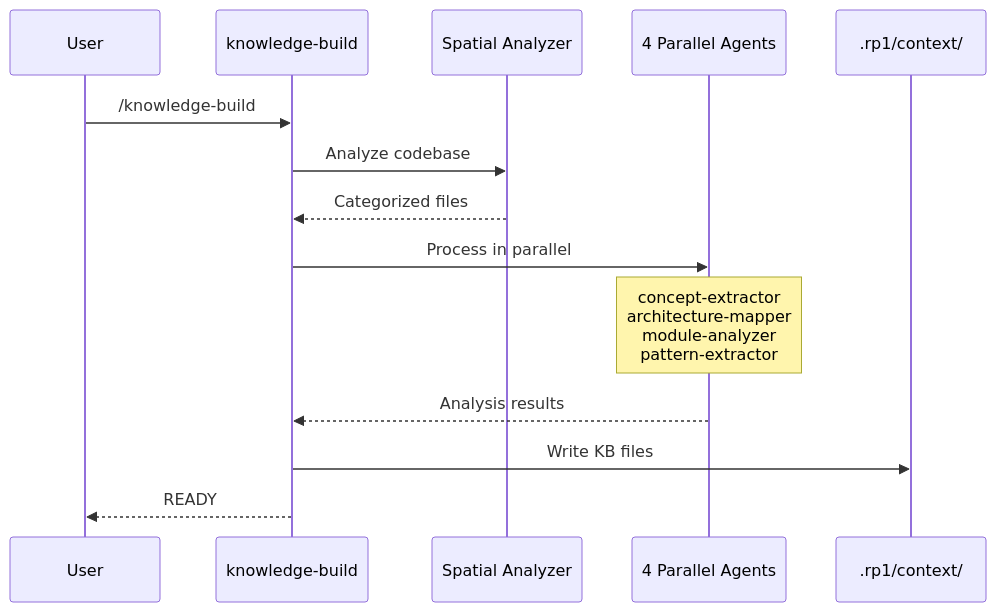
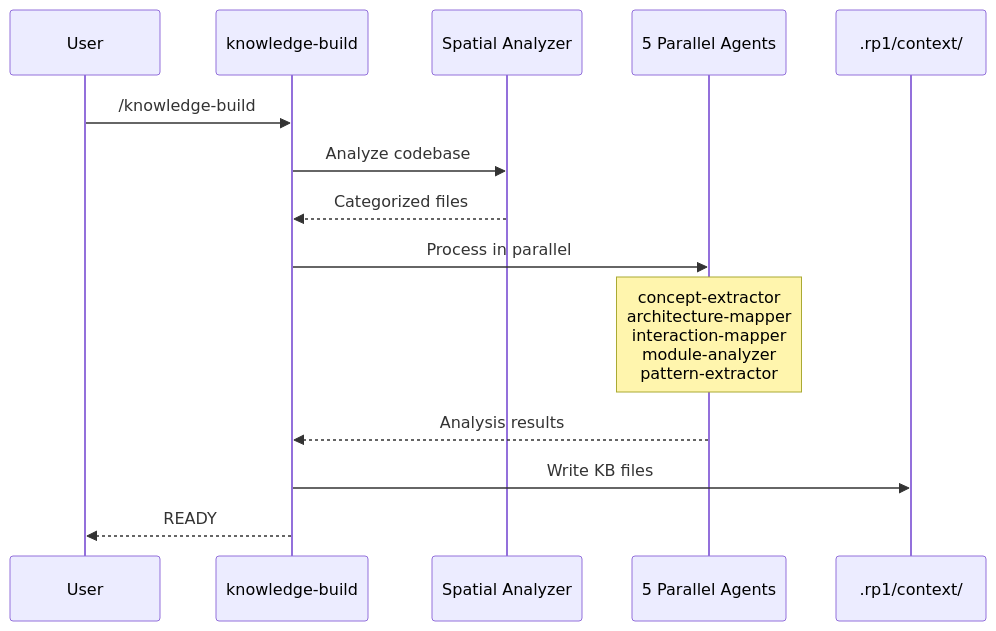
Before and after one commit to rp1-run/rp1: the first of 2 diagrams in docs/concepts/knowledge-aware-agents.md, drawn with Mermaid. The commit also changed other lines of this file and 22 other files, not shown here.

````diff
--- a/docs/concepts/knowledge-aware-agents.md
+++ b/docs/concepts/knowledge-aware-agents.md
@@ -36,17 +36,17 @@
 ```mermaid
 sequenceDiagram
     participant User
     participant KB as knowledge-build
     participant SA as Spatial Analyzer
-    participant Agents as 4 Parallel Agents
+    participant Agents as 5 Parallel Agents
     participant Files as .rp1/context/
 
     User->>KB: /knowledge-build
     KB->>SA: Analyze codebase
     SA-->>KB: Categorized files
     KB->>Agents: Process in parallel
-    Note over Agents: concept-extractor<br/>architecture-mapper<br/>module-analyzer<br/>pattern-extractor
+    Note over Agents: concept-extractor<br/>architecture-mapper<br/>interaction-mapper<br/>module-analyzer<br/>pattern-extractor
     Agents-->>KB: Analysis results
     KB->>Files: Write KB files
     KB-->>User: READY
 ```
````
